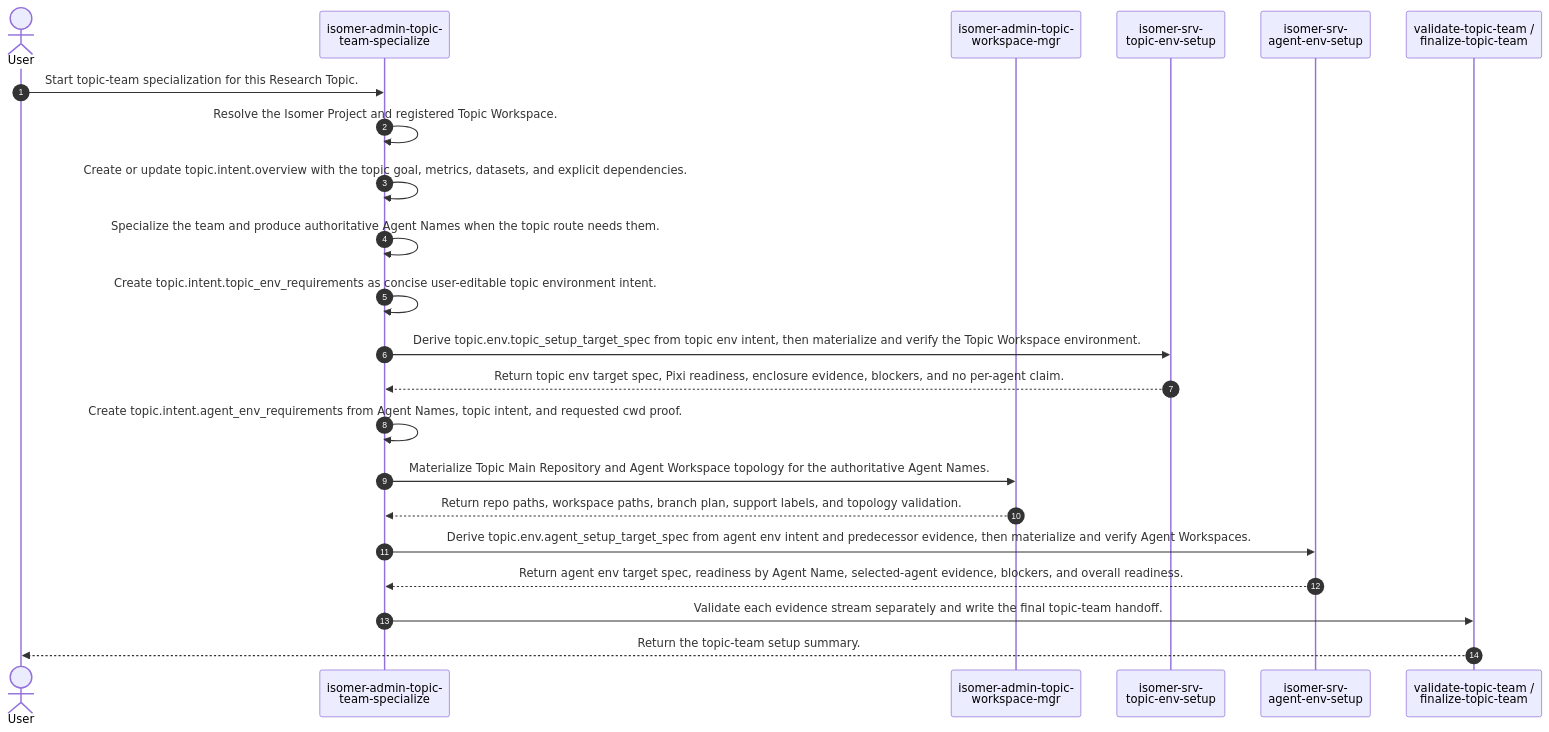
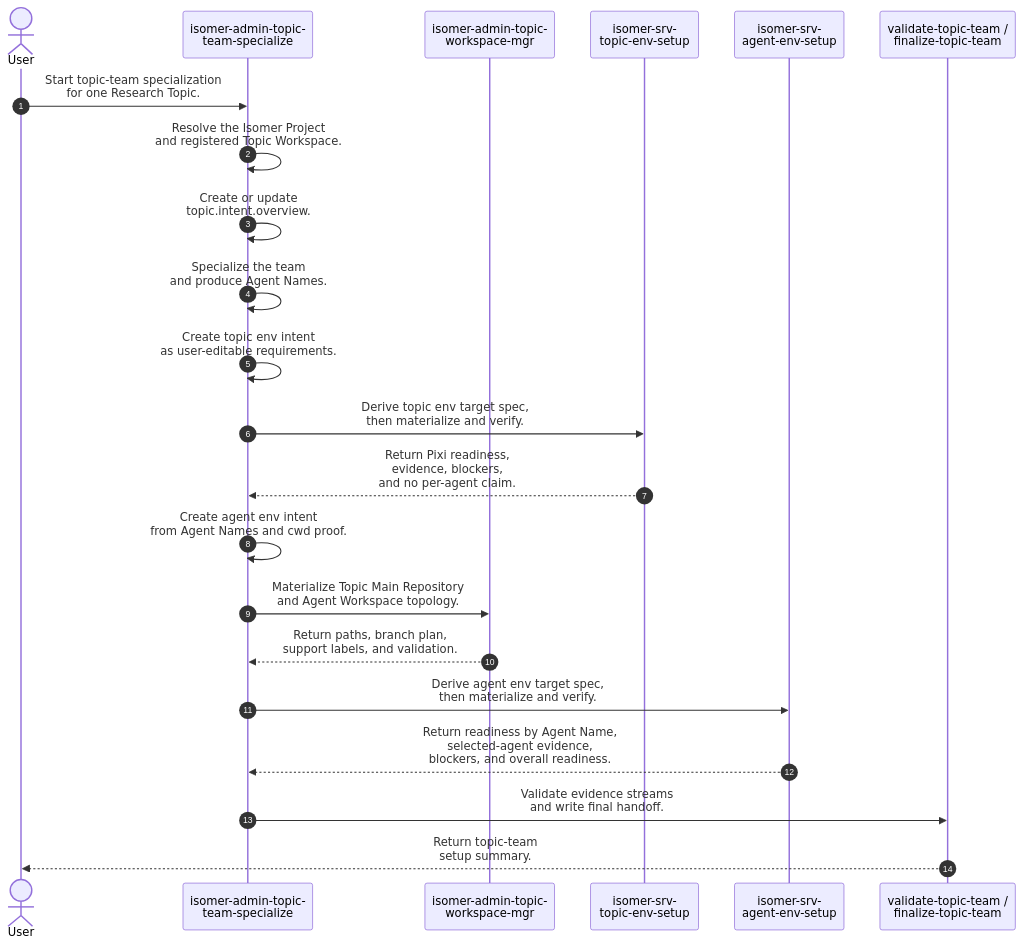
The first of 2 diagrams in context/design/skill-process/team-specialization.md (CodeGandee/isomer-labs), drawn with Mermaid before and after one commit. The commit also changed 54 other files, not shown here.

Commit message:
feat: route external topic repos under extern

````diff
--- a/context/design/skill-process/team-specialization.md
+++ b/context/design/skill-process/team-specialization.md
@@ -30,25 +30,25 @@
 ```mermaid
 sequenceDiagram
     autonumber
     actor U as User
     participant T as isomer-admin-topic-<br/>team-specialize
     participant W as isomer-admin-topic-<br/>workspace-mgr
     participant TE as isomer-srv-<br/>topic-env-setup
     participant AE as isomer-srv-<br/>agent-env-setup
     participant F as validate-topic-team /<br/>finalize-topic-team
 
-    U->>T: Start topic-team specialization for this Research Topic.
-    T->>T: Resolve the Isomer Project and registered Topic Workspace.
-    T->>T: Create or update topic.intent.overview with the topic goal, metrics, datasets, and explicit dependencies.
-    T->>T: Specialize the team and produce authoritative Agent Names when the topic route needs them.
-    T->>T: Create topic.intent.topic_env_requirements as concise user-editable topic environment intent.
-    T->>TE: Derive topic.env.topic_setup_target_spec from topic env intent, then materialize and verify the Topic Workspace environment.
-    TE-->>T: Return topic env target spec, Pixi readiness, enclosure evidence, blockers, and no per-agent claim.
-    T->>T: Create topic.intent.agent_env_requirements from Agent Names, topic intent, and requested cwd proof.
-    T->>W: Materialize Topic Main Repository and Agent Workspace topology for the authoritative Agent Names.
-    W-->>T: Return repo paths, workspace paths, branch plan, support labels, and topology validation.
-    T->>AE: Derive topic.env.agent_setup_target_spec from agent env intent and predecessor evidence, then materialize and verify Agent Workspaces.
-    AE-->>T: Return agent env target spec, readiness by Agent Name, selected-agent evidence, blockers, and overall readiness.
-    T->>F: Validate each evidence stream separately and write the final topic-team handoff.
-    F-->>U: Return the topic-team setup summary.
+    U->>T: Start topic-team specialization<br/>for one Research Topic.
+    T->>T: Resolve the Isomer Project<br/>and registered Topic Workspace.
+    T->>T: Create or update<br/>topic.intent.overview.
+    T->>T: Specialize the team<br/>and produce Agent Names.
+    T->>T: Create topic env intent<br/>as user-editable requirements.
+    T->>TE: Derive topic env target spec,<br/>then materialize and verify.
+    TE-->>T: Return Pixi readiness,<br/>evidence, blockers,<br/>and no per-agent claim.
+    T->>T: Create agent env intent<br/>from Agent Names and cwd proof.
+    T->>W: Materialize Topic Main Repository<br/>and Agent Workspace topology.
+    W-->>T: Return paths, branch plan,<br/>support labels, and validation.
+    T->>AE: Derive agent env target spec,<br/>then materialize and verify.
+    AE-->>T: Return readiness by Agent Name,<br/>selected-agent evidence,<br/>blockers, and overall readiness.
+    T->>F: Validate evidence streams<br/>and write final handoff.
+    F-->>U: Return topic-team<br/>setup summary.
 ```
````
